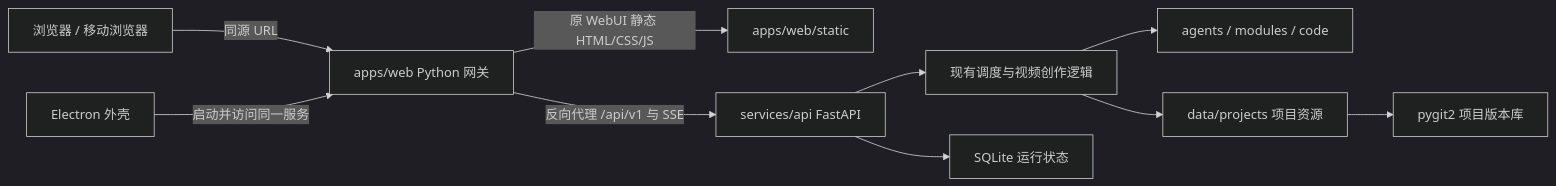
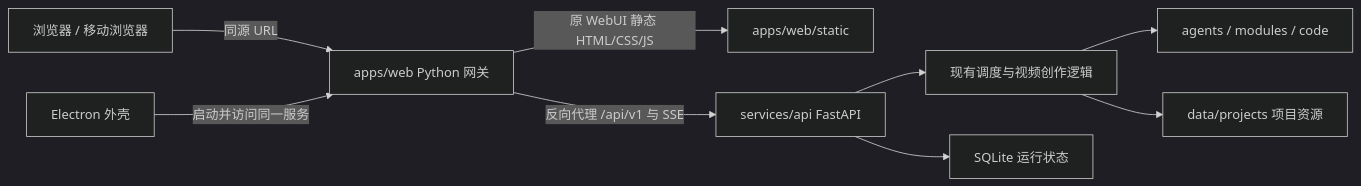
Before and after one commit to AgenticsWorld/VideoAgents: the diagram in docs/ARCHITECTURE.md, drawn with Mermaid (dark theme). The commit also changed other lines of this file and 48 other files, not shown here.

````diff
--- a/docs/ARCHITECTURE.md
+++ b/docs/ARCHITECTURE.md
@@ -14,12 +14,11 @@
 ```mermaid
 flowchart LR
     B["浏览器 / 移动浏览器"] -->|"同源 URL"| W["apps/web Python 网关"]
     E["Electron 外壳"] -->|"启动并访问同一服务"| W
     W -->|"原 WebUI 静态 HTML/CSS/JS"| U["apps/web/static"]
     W -->|"反向代理 /api/v1 与 SSE"| P["services/api FastAPI"]
     P --> R["现有调度与视频创作逻辑"]
     P --> S["SQLite 运行状态"]
     R --> A["agents / modules / code"]
     R --> D["data/projects 项目资源"]
-    D --> G["pygit2 项目版本库"]
 ```
````
